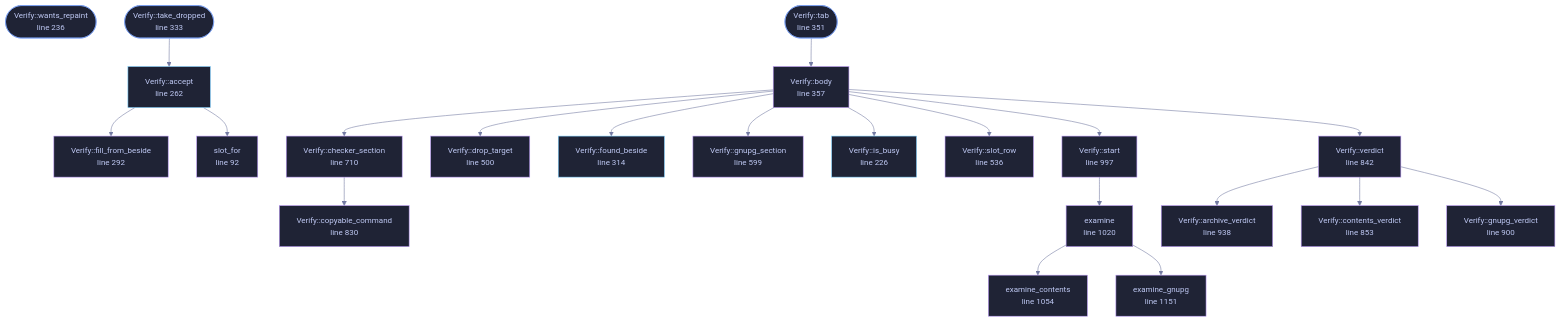
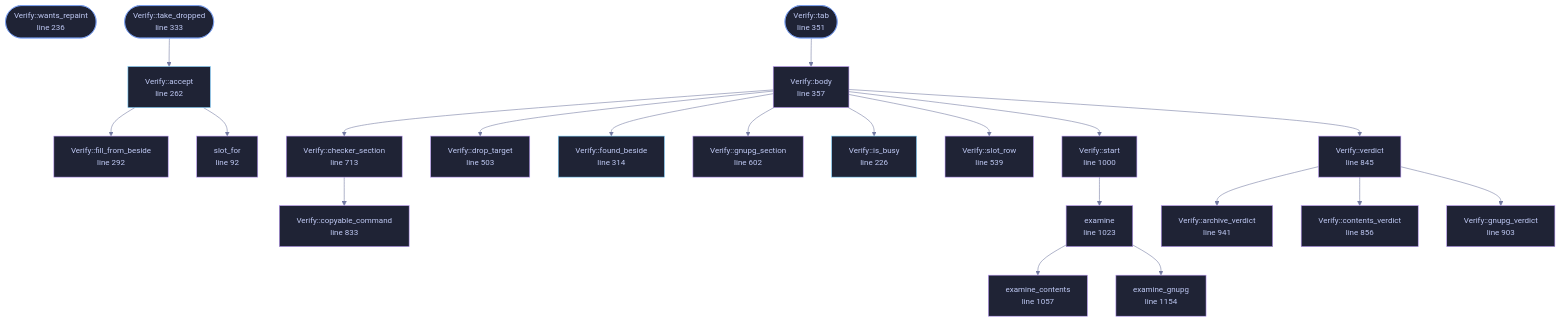
The diagram in docs/files/veilvoice-gui/verify.md (tilas01/veilvoice), drawn with Mermaid before and after one commit. The commit also changed other lines of this file and 550 other files, not shown here.

````diff
--- a/docs/files/veilvoice-gui/verify.md
+++ b/docs/files/veilvoice-gui/verify.md
@@ -135,73 +135,73 @@
 ```mermaid
 %%{init: {"theme":"base","themeVariables":{"background":"#1a1b26","primaryColor":"#1f2335","primaryTextColor":"#c0caf5","primaryBorderColor":"#7aa2f7","secondaryColor":"#16161e","tertiaryColor":"#16161e","lineColor":"#737aa2","textColor":"#c0caf5","mainBkg":"#1f2335","nodeBorder":"#7aa2f7","clusterBkg":"#16161e","clusterBorder":"#2f3549","fontFamily":"ui-monospace, SFMono-Regular, Consolas, monospace","fontSize":"14px"}}}%%
 flowchart TD
     n_slot_for["slot_for<br/>line 92"]
     n_is_busy["Verify::is_busy<br/>line 226"]
     n_wants_repaint(["Verify::wants_repaint<br/>line 236"])
     n_accept["Verify::accept<br/>line 262"]
     n_fill_from_beside["Verify::fill_from_beside<br/>line 292"]
     n_found_beside["Verify::found_beside<br/>line 314"]
     n_take_dropped(["Verify::take_dropped<br/>line 333"])
     n_tab(["Verify::tab<br/>line 351"])
     n_body["Verify::body<br/>line 357"]
-    n_drop_target["Verify::drop_target<br/>line 500"]
-    n_slot_row["Verify::slot_row<br/>line 536"]
-    n_gnupg_section["Verify::gnupg_section<br/>line 599"]
-    n_checker_section["Verify::checker_section<br/>line 710"]
-    n_copyable_command["Verify::copyable_command<br/>line 830"]
-    n_verdict["Verify::verdict<br/>line 842"]
-    n_contents_verdict["Verify::contents_verdict<br/>line 853"]
-    n_gnupg_verdict["Verify::gnupg_verdict<br/>line 900"]
-    n_archive_verdict["Verify::archive_verdict<br/>line 938"]
-    n_start["Verify::start<br/>line 997"]
-    n_examine["examine<br/>line 1020"]
-    n_examine_contents["examine_contents<br/>line 1054"]
-    n_examine_gnupg["examine_gnupg<br/>line 1151"]
+    n_drop_target["Verify::drop_target<br/>line 503"]
+    n_slot_row["Verify::slot_row<br/>line 539"]
+    n_gnupg_section["Verify::gnupg_section<br/>line 602"]
+    n_checker_section["Verify::checker_section<br/>line 713"]
+    n_copyable_command["Verify::copyable_command<br/>line 833"]
+    n_verdict["Verify::verdict<br/>line 845"]
+    n_contents_verdict["Verify::contents_verdict<br/>line 856"]
+    n_gnupg_verdict["Verify::gnupg_verdict<br/>line 903"]
+    n_archive_verdict["Verify::archive_verdict<br/>line 941"]
+    n_start["Verify::start<br/>line 1000"]
+    n_examine["examine<br/>line 1023"]
+    n_examine_contents["examine_contents<br/>line 1057"]
+    n_examine_gnupg["examine_gnupg<br/>line 1154"]
     n_accept --> n_fill_from_beside
     n_accept --> n_slot_for
     n_body --> n_checker_section
     n_body --> n_drop_target
     n_body --> n_found_beside
     n_body --> n_gnupg_section
     n_body --> n_is_busy
     n_body --> n_slot_row
     n_body --> n_start
     n_body --> n_verdict
     n_checker_section --> n_copyable_command
     n_examine --> n_examine_contents
     n_examine --> n_examine_gnupg
     n_start --> n_examine
     n_tab --> n_body
     n_take_dropped --> n_accept
     n_verdict --> n_archive_verdict
     n_verdict --> n_contents_verdict
     n_verdict --> n_gnupg_verdict
     click n_slot_for href "https://github.com/tilas01/veilvoice/blob/main/crates/veilvoice-gui/src/verify.rs#L92" "open the source"
     click n_is_busy href "https://github.com/tilas01/veilvoice/blob/main/crates/veilvoice-gui/src/verify.rs#L226" "open the source"
     click n_wants_repaint href "https://github.com/tilas01/veilvoice/blob/main/crates/veilvoice-gui/src/verify.rs#L236" "open the source"
     click n_accept href "https://github.com/tilas01/veilvoice/blob/main/crates/veilvoice-gui/src/verify.rs#L262" "open the source"
     click n_fill_from_beside href "https://github.com/tilas01/veilvoice/blob/main/crates/veilvoice-gui/src/verify.rs#L292" "open the source"
     click n_found_beside href "https://github.com/tilas01/veilvoice/blob/main/crates/veilvoice-gui/src/verify.rs#L314" "open the source"
     click n_take_dropped href "https://github.com/tilas01/veilvoice/blob/main/crates/veilvoice-gui/src/verify.rs#L333" "open the source"
     click n_tab href "https://github.com/tilas01/veilvoice/blob/main/crates/veilvoice-gui/src/verify.rs#L351" "open the source"
     click n_body href "https://github.com/tilas01/veilvoice/blob/main/crates/veilvoice-gui/src/verify.rs#L357" "open the source"
-    click n_drop_target href "https://github.com/tilas01/veilvoice/blob/main/crates/veilvoice-gui/src/verify.rs#L500" "open the source"
-    click n_slot_row href "https://github.com/tilas01/veilvoice/blob/main/crates/veilvoice-gui/src/verify.rs#L536" "open the source"
-    click n_gnupg_section href "https://github.com/tilas01/veilvoice/blob/main/crates/veilvoice-gui/src/verify.rs#L599" "open the source"
-    click n_checker_section href "https://github.com/tilas01/veilvoice/blob/main/crates/veilvoice-gui/src/verify.rs#L710" "open the source"
-    click n_copyable_command href "https://github.com/tilas01/veilvoice/blob/main/crates/veilvoice-gui/src/verify.rs#L830" "open the source"
-    click n_verdict href "https://github.com/tilas01/veilvoice/blob/main/crates/veilvoice-gui/src/verify.rs#L842" "open the source"
-    click n_contents_verdict href "https://github.com/tilas01/veilvoice/blob/main/crates/veilvoice-gui/src/verify.rs#L853" "open the source"
-    click n_gnupg_verdict href "https://github.com/tilas01/veilvoice/blob/main/crates/veilvoice-gui/src/verify.rs#L900" "open the source"
-    click n_archive_verdict href "https://github.com/tilas01/veilvoice/blob/main/crates/veilvoice-gui/src/verify.rs#L938" "open the source"
-    click n_start href "https://github.com/tilas01/veilvoice/blob/main/crates/veilvoice-gui/src/verify.rs#L997" "open the source"
-    click n_examine href "https://github.com/tilas01/veilvoice/blob/main/crates/veilvoice-gui/src/verify.rs#L1020" "open the source"
-    click n_examine_contents href "https://github.com/tilas01/veilvoice/blob/main/crates/veilvoice-gui/src/verify.rs#L1054" "open the source"
-    click n_examine_gnupg href "https://github.com/tilas01/veilvoice/blob/main/crates/veilvoice-gui/src/verify.rs#L1151" "open the source"
+    click n_drop_target href "https://github.com/tilas01/veilvoice/blob/main/crates/veilvoice-gui/src/verify.rs#L503" "open the source"
+    click n_slot_row href "https://github.com/tilas01/veilvoice/blob/main/crates/veilvoice-gui/src/verify.rs#L539" "open the source"
+    click n_gnupg_section href "https://github.com/tilas01/veilvoice/blob/main/crates/veilvoice-gui/src/verify.rs#L602" "open the source"
+    click n_checker_section href "https://github.com/tilas01/veilvoice/blob/main/crates/veilvoice-gui/src/verify.rs#L713" "open the source"
+    click n_copyable_command href "https://github.com/tilas01/veilvoice/blob/main/crates/veilvoice-gui/src/verify.rs#L833" "open the source"
+    click n_verdict href "https://github.com/tilas01/veilvoice/blob/main/crates/veilvoice-gui/src/verify.rs#L845" "open the source"
+    click n_contents_verdict href "https://github.com/tilas01/veilvoice/blob/main/crates/veilvoice-gui/src/verify.rs#L856" "open the source"
+    click n_gnupg_verdict href "https://github.com/tilas01/veilvoice/blob/main/crates/veilvoice-gui/src/verify.rs#L903" "open the source"
+    click n_archive_verdict href "https://github.com/tilas01/veilvoice/blob/main/crates/veilvoice-gui/src/verify.rs#L941" "open the source"
+    click n_start href "https://github.com/tilas01/veilvoice/blob/main/crates/veilvoice-gui/src/verify.rs#L1000" "open the source"
+    click n_examine href "https://github.com/tilas01/veilvoice/blob/main/crates/veilvoice-gui/src/verify.rs#L1023" "open the source"
+    click n_examine_contents href "https://github.com/tilas01/veilvoice/blob/main/crates/veilvoice-gui/src/verify.rs#L1057" "open the source"
+    click n_examine_gnupg href "https://github.com/tilas01/veilvoice/blob/main/crates/veilvoice-gui/src/verify.rs#L1154" "open the source"
     classDef entry fill:#1f2335,stroke:#7aa2f7,color:#c0caf5
     class n_wants_repaint,n_take_dropped,n_tab entry
     classDef api fill:#1f2335,stroke:#7dcfff,color:#c0caf5
     class n_is_busy,n_accept,n_found_beside api
     classDef helper fill:#1f2335,stroke:#bb9af7,color:#c0caf5
     class n_slot_for,n_fill_from_beside,n_body,n_drop_target,n_slot_row,n_gnupg_section,n_checker_section,n_copyable_command,n_verdict,n_contents_verdict,n_gnupg_verdict,n_archive_verdict,n_start,n_examine,n_examine_contents,n_examine_gnupg helper
 ```
````
